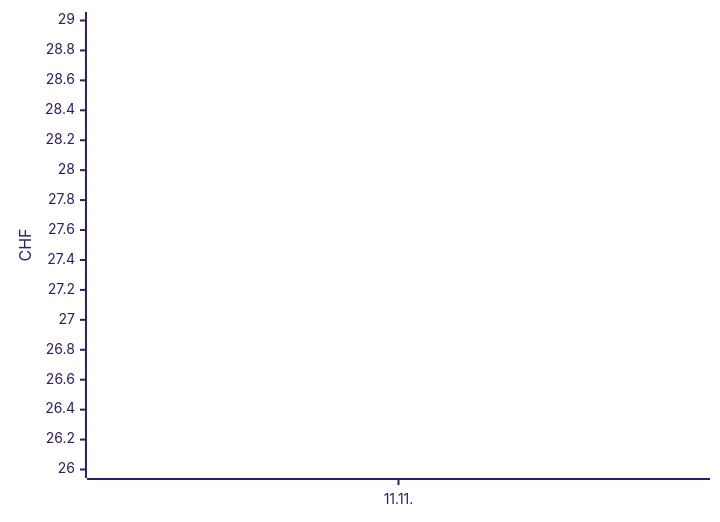
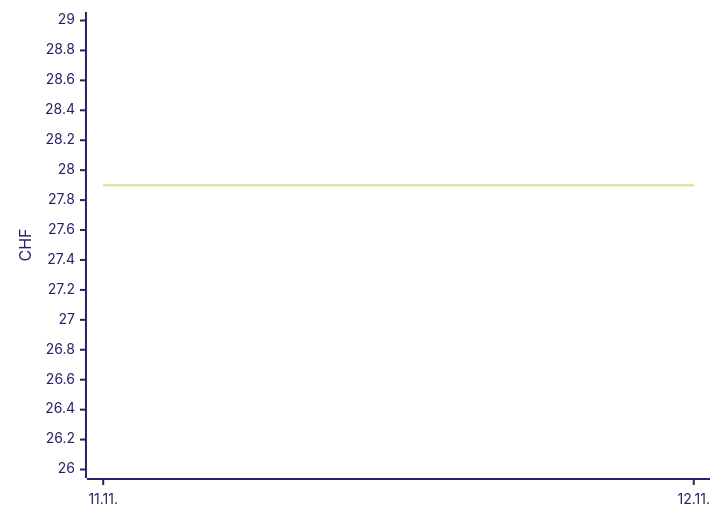
One commit to Akira2828/my-Galaxus-MCP changed the first of 2 diagrams in README.md. Above: the diagram before and after it, drawn with Mermaid (forest theme). The commit also changed other lines of this file and 1 other file, not shown here.

````diff
--- a/README.md
+++ b/README.md
@@ -16,6 +16,6 @@
 ```mermaid
 xychart-beta
-  x-axis ["11.11."]
+  x-axis ["11.11.", "12.11."]
   y-axis "CHF" 26 --> 29
-  line [27.9]
+  line [27.9, 27.9]
 ```
````
